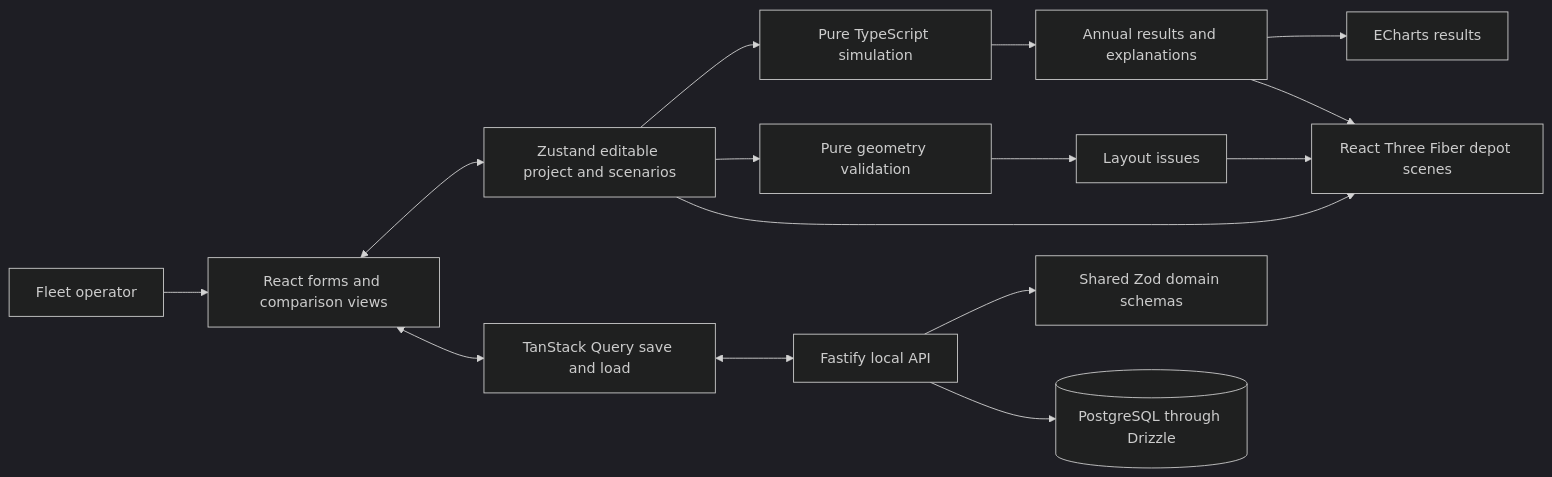
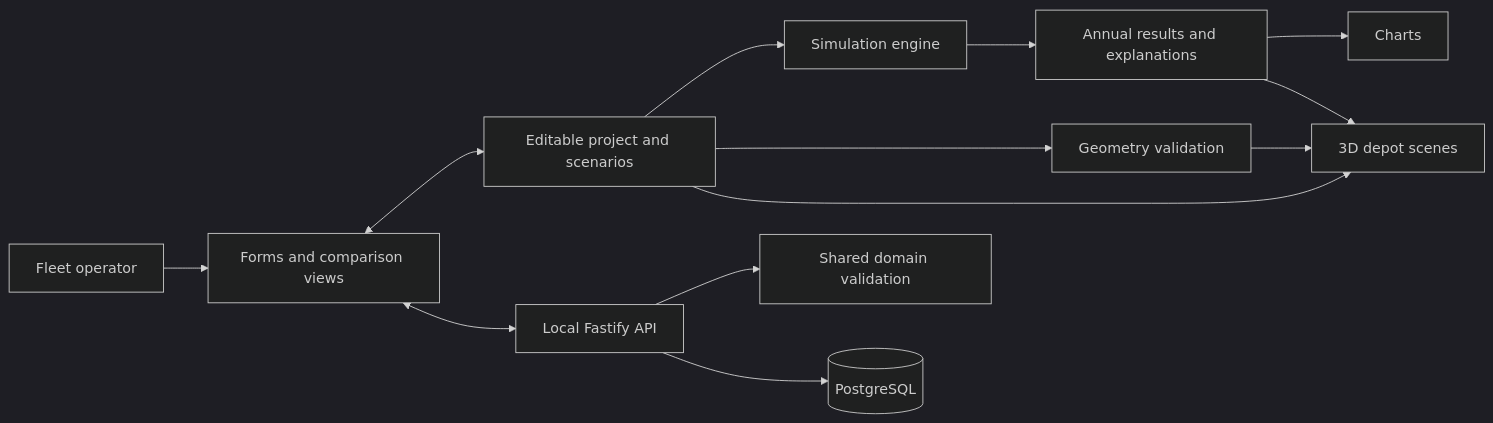
The first of 2 diagrams in docs/tech/architecture.md (The-Sims-Digipen/Fleet-Project), drawn with Mermaid (dark theme) before and after one commit. The commit also changed other lines of this file and 14 other files, not shown here.

````diff
--- a/docs/tech/architecture.md
+++ b/docs/tech/architecture.md
@@ -13,17 +20,15 @@
 ```mermaid
 flowchart LR
-  Operator[Fleet operator] --> UI[React forms and comparison views]
-  UI <--> Store[Zustand editable project and scenarios]
-  Store --> Sim[Pure TypeScript simulation]
-  Store --> Geometry[Pure geometry validation]
-  Sim --> Results[Annual results and explanations]
-  Geometry --> Issues[Layout issues]
-  Results --> Charts[ECharts results]
-  Results --> Scene[React Three Fiber depot scenes]
-  Issues --> Scene
-  Store --> Scene
-  UI <--> Query[TanStack Query save and load]
-  Query <--> API[Fastify local API]
-  API --> Validation[Shared Zod domain schemas]
-  API --> DB[(PostgreSQL through Drizzle)]
+  Operator[Fleet operator] --> UI[Forms and comparison views]
+  UI <--> State[Editable project and scenarios]
+  State --> Simulation[Simulation engine]
+  State --> Geometry[Geometry validation]
+  Simulation --> Results[Annual results and explanations]
+  Results --> Charts[Charts]
+  Results --> Scene[3D depot scenes]
+  Geometry --> Scene
+  State --> Scene
+  UI <--> API[Local Fastify API]
+  API --> Validation[Shared domain validation]
+  API --> DB[(PostgreSQL)]
 ```
````
